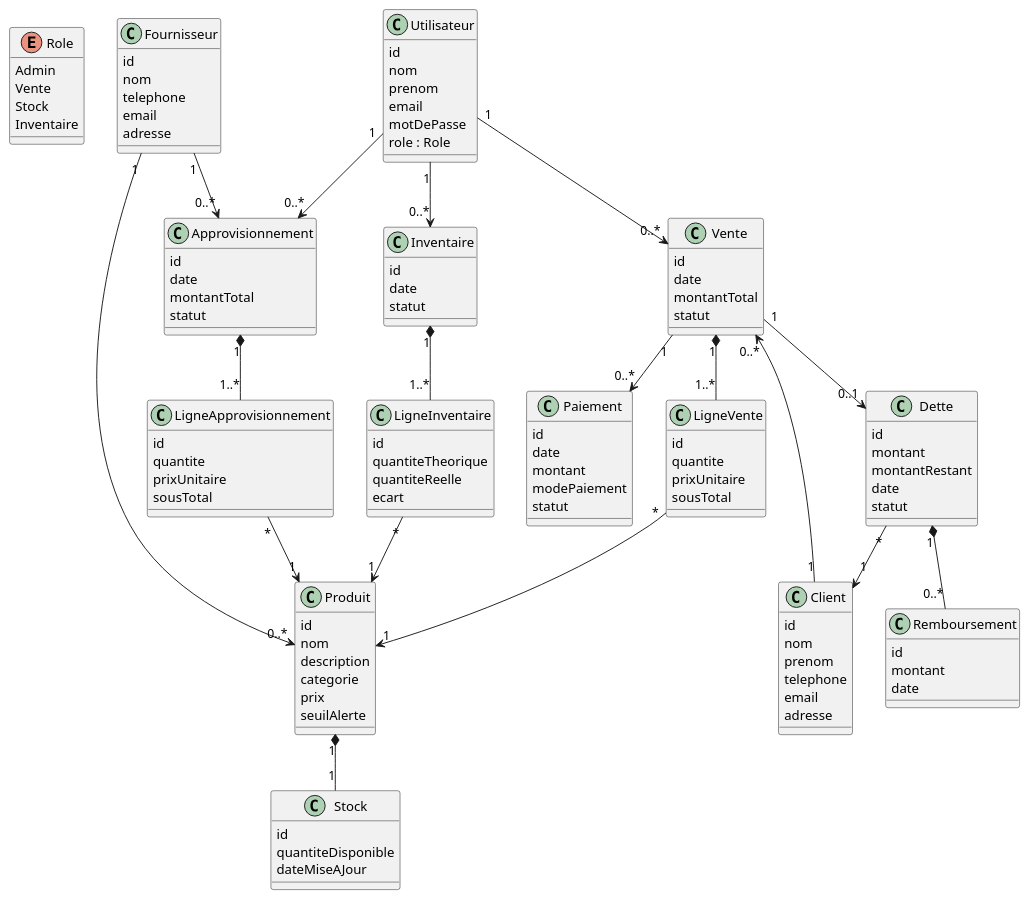
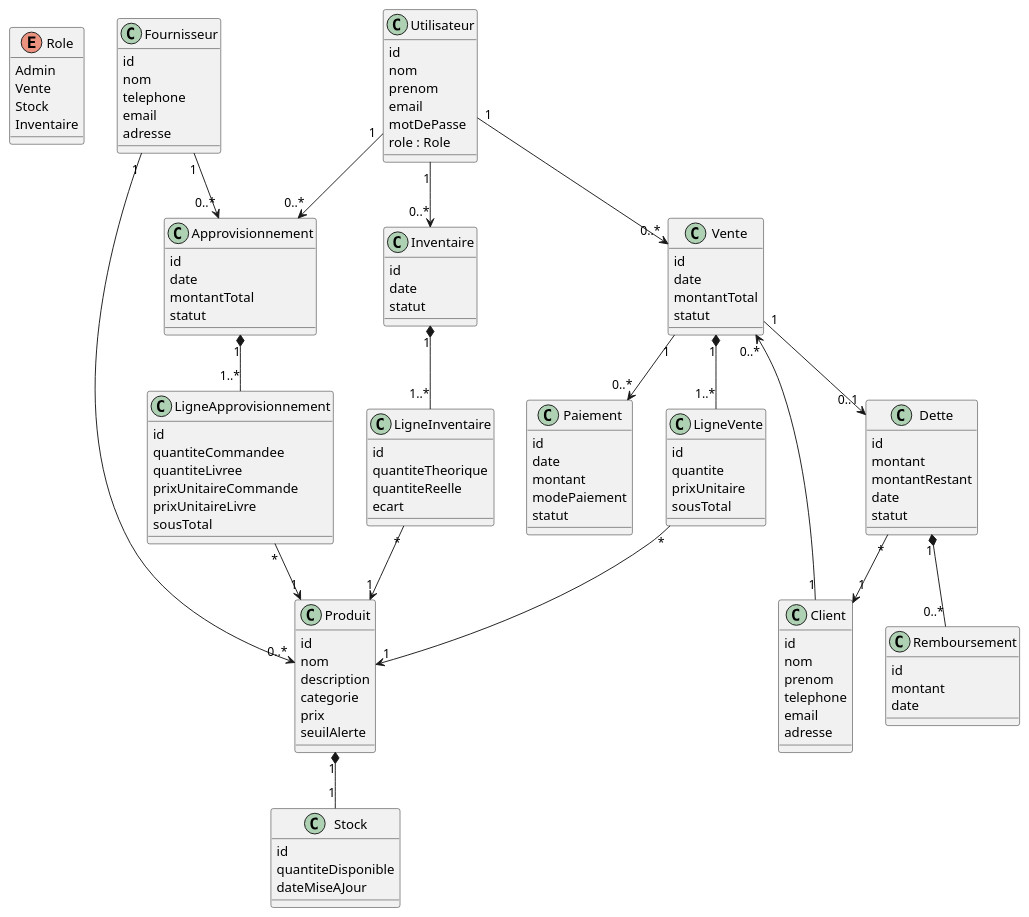
One commit to awaeva7171/StoreManager-Pro-A changed the diagram in docs/classe.puml. Above: the diagram before and after it, drawn with PlantUML. The commit also changed 2 other files, not shown here.

Commit message:
fix(database): distinction commande/livraison dans approvisionnement et justification d'ecart dans inventaire

```diff
--- a/docs/classe.puml
+++ b/docs/classe.puml
@@ -1,139 +1,141 @@
 @startuml ClassDiagram_StoreManagerPro
 
 skinparam classAttributeIconSize 0
 
 enum Role {
   Admin
   Vente
   Stock
   Inventaire
 }
 
 class Utilisateur {
   id
   nom
   prenom
   email
   motDePasse
   role : Role
 }
 
 class Produit {
   id
   nom
   description
   categorie
   prix
   seuilAlerte
 }
 
 class Stock {
   id
   quantiteDisponible
   dateMiseAJour
 }
 
 class Client {
   id
   nom
   prenom
   telephone
   email
   adresse
 }
 
 class Fournisseur {
   id
   nom
   telephone
   email
   adresse
 }
 
 class Vente {
   id
   date
   montantTotal
   statut
 }
 
 class LigneVente {
   id
   quantite
   prixUnitaire
   sousTotal
 }
 
 class Paiement {
   id
   date
   montant
   modePaiement
   statut
 }
 
 class Dette {
   id
   montant
   montantRestant
   date
   statut
 }
 
 class Remboursement {
   id
   montant
   date
 }
 
 class Approvisionnement {
   id
   date
   montantTotal
   statut
 }
 
 class LigneApprovisionnement {
-  id
-  quantite
-  prixUnitaire
-  sousTotal
+    id
+    quantiteCommandee
+    quantiteLivree
+    prixUnitaireCommande
+    prixUnitaireLivre
+    sousTotal
 }
 
 class Inventaire {
   id
   date
   statut
 }
 
 class LigneInventaire {
   id
   quantiteTheorique
   quantiteReelle
   ecart
 }
 
 Utilisateur "1" --> "0..*" Vente
 Utilisateur "1" --> "0..*" Approvisionnement
 Utilisateur "1" --> "0..*" Inventaire
 
 Client "1" --> "0..*" Vente
 Vente "1" *-- "1..*" LigneVente
 LigneVente "*" --> "1" Produit
 Vente "1" --> "0..*" Paiement
 Vente "1" --> "0..1" Dette
 
 Dette "1" *-- "0..*" Remboursement
 Dette "*" --> "1" Client
 
 Produit "1" *-- "1" Stock
 
 Fournisseur "1" --> "0..*" Produit
 Fournisseur "1" --> "0..*" Approvisionnement
 Approvisionnement "1" *-- "1..*" LigneApprovisionnement
 LigneApprovisionnement "*" --> "1" Produit
 
 Inventaire "1" *-- "1..*" LigneInventaire
 LigneInventaire "*" --> "1" Produit
 
 @enduml
```
